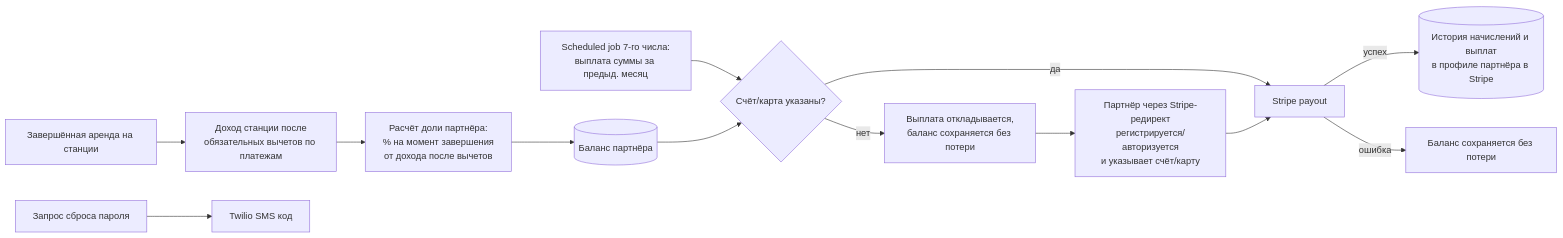
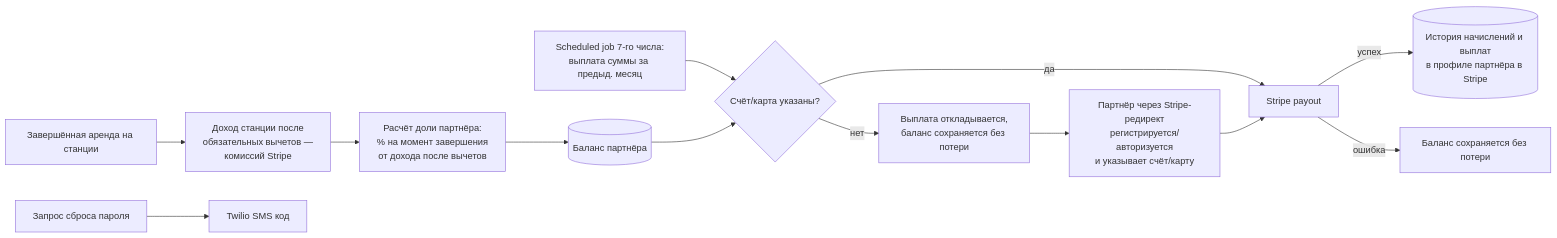
One commit to yatsin11-gif/gz-documentation changed the second of 2 diagrams in sa/docs/partners/partner-program/diagrams/overview.md. Above: the diagram before and after it, drawn with Mermaid. The commit also changed 6 other files, not shown here.

````diff
--- a/sa/docs/partners/partner-program/diagrams/overview.md
+++ b/sa/docs/partners/partner-program/diagrams/overview.md
@@ -26,14 +26,14 @@
 ```mermaid
 flowchart LR
-    RENT[Завершённая аренда на станции] --> INCOME[Доход станции после<br/>обязательных вычетов по платежам]
+    RENT[Завершённая аренда на станции] --> INCOME[Доход станции после<br/>обязательных вычетов —<br/>комиссий Stripe]
     INCOME --> CALC[Расчёт доли партнёра:<br/>% на момент завершения<br/>от дохода после вычетов]
     CALC --> BAL[(Баланс партнёра)]
     SCHED[Scheduled job 7-го числа:<br/>выплата суммы за предыд. месяц] --> CARD{Счёт/карта указаны?}
     BAL --> CARD
     CARD -->|да| PAY[Stripe payout]
     CARD -->|нет| WAIT[Выплата откладывается,<br/>баланс сохраняется без потери]
     WAIT --> ADDCARD[Партнёр через Stripe-редирект<br/>регистрируется/авторизуется<br/>и указывает счёт/карту] --> PAY
     PAY -->|успех| HIST[(История начислений и выплат<br/>в профиле партнёра в Stripe)]
     PAY -->|ошибка| KEEP[Баланс сохраняется без потери]
     RESET[Запрос сброса пароля] --> TWILIO[Twilio SMS код]
 ```
````
